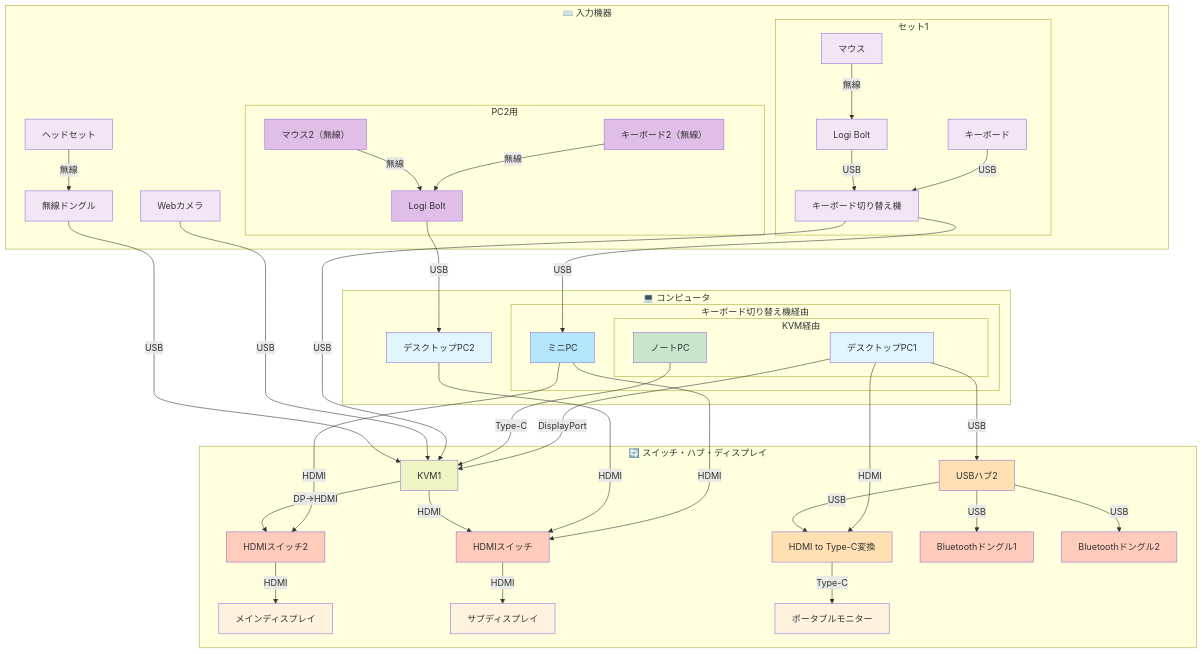
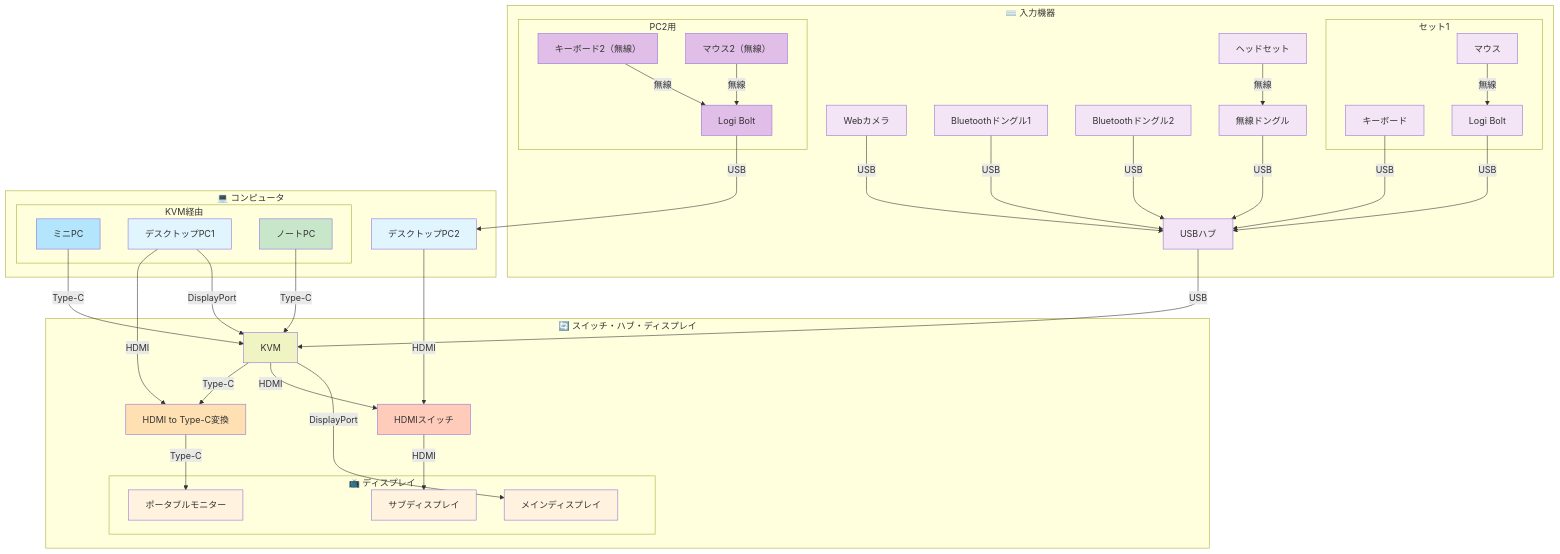
One commit to nuitsjp/MyEnvironments changed the diagram in デスク設計.md. Above: the diagram before and after it, drawn with Mermaid. The commit also changed other lines of this file, not shown here.

Commit message:
接続図のKVMを整理し、接続方式を更新。USBハブとBluetoothドングルを追加し、デバイス一覧を更新。

```diff
--- a/デスク設計.md
+++ b/デスク設計.md
@@ -8,11 +8,13 @@
         WEBCAM["Webカメラ"]
         HEADSET["ヘッドセット"]
         WSDONGLE["無線ドングル"]
+        USBHUB["USBハブ"]
+        BT1["Bluetoothドングル1"]
+        BT2["Bluetoothドングル2"]
 
         subgraph SET1["セット1"]
             KB["キーボード"]
             MOUSE["マウス"]
-            KBSW["キーボード切り替え機"]
             LOGIBOLT1["Logi Bolt"]
         end
 
@@ -29,86 +31,75 @@
     subgraph COMPUTERS["💻 コンピュータ"]
         PC2["デスクトップPC2"]
 
-        subgraph PC["キーボード切り替え機経由"]
+        subgraph PC["KVM経由"]
             MINIPC["ミニPC"]
-
-            subgraph KVM_GROUP["KVM経由"]
-                PC1["デスクトップPC1"]
-                NOTEBOOK["ノートPC"]
-            end
+            PC1["デスクトップPC1"]
+            NOTEBOOK["ノートPC"]
         end
     end
 
     subgraph SWITCH["🔄 スイッチ・ハブ・ディスプレイ"]
-        KVM1["KVM1"]
+        KVM["KVM"]
         HUB1["HDMI to Type-C変換"]
-        HUB2["USBハブ2"]
         HDMISW["HDMIスイッチ"]
-        HDMISW2["HDMIスイッチ2"]
-        BT1["Bluetoothドングル1"]
-        BT2["Bluetoothドングル2"]
-        DIS1["メインディスプレイ"]
-        DIS2["サブディスプレイ"]
-        DIS3["ポータブルモニター"]
+        
+        subgraph DISPLAYS["📺 ディスプレイ"]
+            DIS1["メインディスプレイ"]
+            DIS2["サブディスプレイ"]
+            DIS3["ポータブルモニター"]
+        end
     end
 
-    PC1 -->|DisplayPort| KVM1
-    PC1 -->|USB| HUB2
+    PC1 -->|DisplayPort| KVM
     PC1 -->|HDMI| HUB1
 
-    NOTEBOOK -->|Type-C| KVM1
+    NOTEBOOK -->|Type-C| KVM
 
-    MINIPC -->|HDMI| HDMISW2
-    MINIPC -->|HDMI| HDMISW
+    MINIPC -->|Type-C| KVM
 
     PC2 -->|HDMI| HDMISW
     KB2 -->|無線| LOGIBOLT
     MOUSE2 -->|無線| LOGIBOLT
     LOGIBOLT -->|USB| PC2
 
-    KVM1 -->|DP->HDMI| HDMISW2
-    KVM1 -->|HDMI| HDMISW
+    KVM -->|DisplayPort| DIS1
+    KVM -->|HDMI| HDMISW
+    KVM -->|Type-C| HUB1
 
-    HDMISW2 -->|HDMI| DIS1
     HDMISW -->|HDMI| DIS2
 
-    HUB2 -->|USB| HUB1
     HUB1 -->|Type-C| DIS3
 
-    KBSW -->|USB| KVM1
-    KBSW -->|USB| MINIPC
+    KB -->|USB| USBHUB
+    MOUSE -->|無線| LOGIBOLT1
+    LOGIBOLT1 -->|USB| USBHUB
+    WEBCAM -->|USB| USBHUB
+    USBHUB -->|USB| KVM
 
-    KB -->|USB| KBSW
-    MOUSE -->|無線| LOGIBOLT1
-    LOGIBOLT1 -->|USB| KBSW
-    WEBCAM -->|USB| KVM1
-
-    HUB2 -->|USB| BT1
-    HUB2 -->|USB| BT2
+    BT1 -->|USB| USBHUB
+    BT2 -->|USB| USBHUB
 
     HEADSET -->|無線| WSDONGLE
-    WSDONGLE -->|USB| KVM1
+    WSDONGLE -->|USB| USBHUB
 
     style PC1 fill:#e1f5ff
     style PC2 fill:#e1f5ff
     style NOTEBOOK fill:#c8e6c9
     style MINIPC fill:#b3e5fc
-    style KVM1 fill:#f0f4c3
+    style KVM fill:#f0f4c3
     style HUB1 fill:#ffe0b2
-    style HUB2 fill:#ffe0b2
     style HDMISW fill:#ffccbc
-    style HDMISW2 fill:#ffccbc
-    style BT1 fill:#ffccbc
-    style BT2 fill:#ffccbc
+    style BT1 fill:#f3e5f5
+    style BT2 fill:#f3e5f5
     style DIS1 fill:#fff3e0
     style DIS2 fill:#fff3e0
     style DIS3 fill:#fff3e0
     style KB fill:#f3e5f5
     style MOUSE fill:#f3e5f5
-    style KBSW fill:#f3e5f5
     style WEBCAM fill:#f3e5f5
     style HEADSET fill:#f3e5f5
     style WSDONGLE fill:#f3e5f5
+    style USBHUB fill:#f3e5f5
     style KB2 fill:#e1bee7
     style MOUSE2 fill:#e1bee7
     style LOGIBOLT fill:#e1bee7
```
